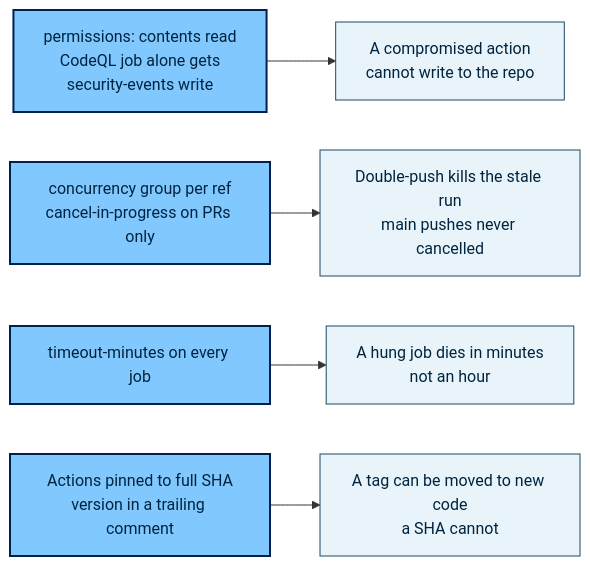
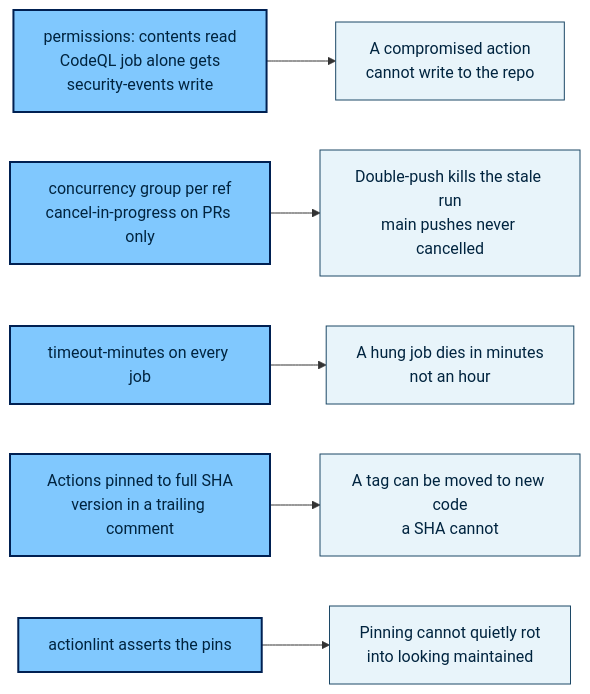
The eighth of 11 diagrams in docs/ci-map.md (acmpsu/acm-website), drawn with Mermaid before and after one commit. The commit also changed other lines of this file and 2 other files, not shown here.

````diff
--- a/docs/ci-map.md
+++ b/docs/ci-map.md
@@ -275,12 +246,13 @@
 ```mermaid
 flowchart LR
     H1["permissions: contents read<br/>CodeQL job alone gets<br/>security-events write"] --> W1["A compromised action<br/>cannot write to the repo"]
     H2["concurrency group per ref<br/>cancel-in-progress on PRs only"] --> W2["Double-push kills the stale run<br/>main pushes never cancelled"]
     H3["timeout-minutes on every job"] --> W3["A hung job dies in minutes<br/>not an hour"]
     H4["Actions pinned to full SHA<br/>version in a trailing comment"] --> W4["A tag can be moved to new code<br/>a SHA cannot"]
+    H5["actionlint asserts the pins"] --> W5["Pinning cannot quietly rot<br/>into looking maintained"]
 
     classDef rule fill:#80c8fe,stroke:#002052,stroke-width:2px,color:#00243f
     classDef why fill:#e8f4fa,stroke:#1c4866,stroke-width:1px,color:#00243f
-    class H1,H2,H3,H4 rule
-    class W1,W2,W3,W4 why
+    class H1,H2,H3,H4,H5 rule
+    class W1,W2,W3,W4,W5 why
 ```
````
